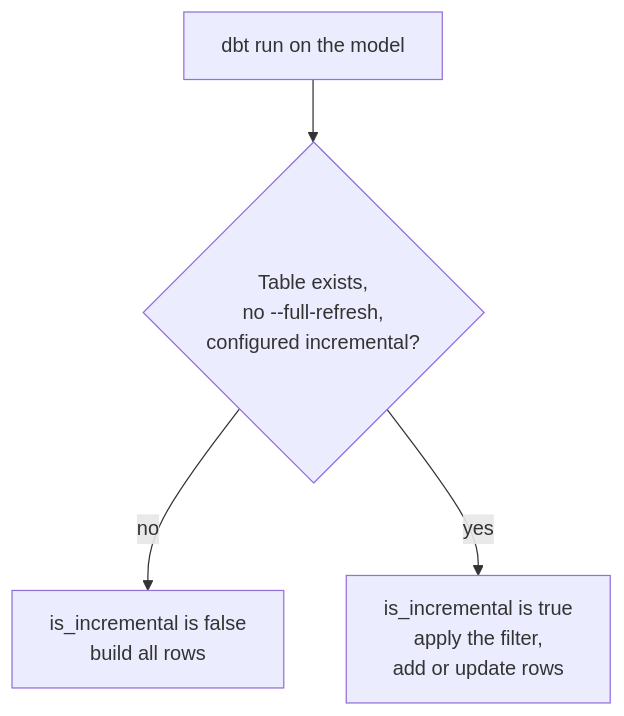
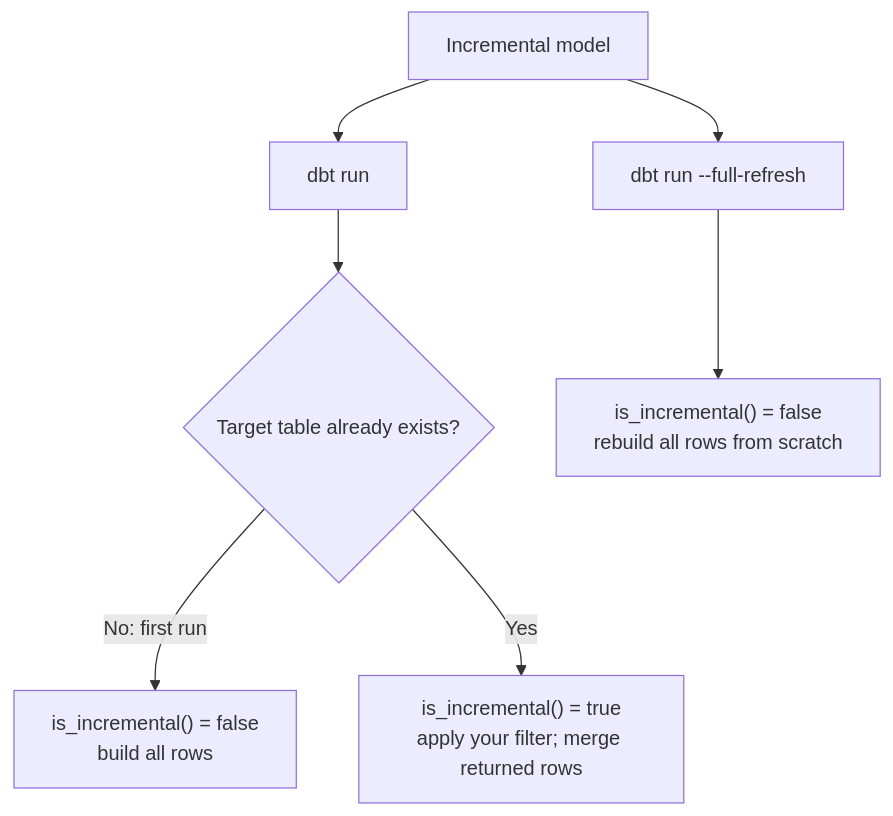
One commit to achmadrozie/dbt-cert-prep changed the third of 4 diagrams in docs-and-reference/M2 - Materialization/dbt-materialization-reading (1).md. Above: the diagram before and after it, drawn with Mermaid.

````diff
--- a/docs-and-reference/M2 - Materialization/dbt-materialization-reading (1).md
+++ b/docs-and-reference/M2 - Materialization/dbt-materialization-reading (1).md
@@ -250,6 +250,9 @@
 ```mermaid
 flowchart TD
-    S["dbt run on the model"] --> Q{"Table exists,<br/>no --full-refresh,<br/>configured incremental?"}
-    Q -->|"no"| F["is_incremental is false<br/>build all rows"]
-    Q -->|"yes"| N["is_incremental is true<br/>apply the filter,<br/>add or update rows"]
+    A["Incremental model"] --> R["dbt run"]
+    A --> FR["dbt run --full-refresh"]
+    R --> E{"Target table already exists?"}
+    E -->|"No: first run"| F["is_incremental() = false<br/>build all rows"]
+    E -->|"Yes"| N["is_incremental() = true<br/>apply your filter; merge returned rows"]
+    FR --> B["is_incremental() = false<br/>rebuild all rows from scratch"]
 ```
````
